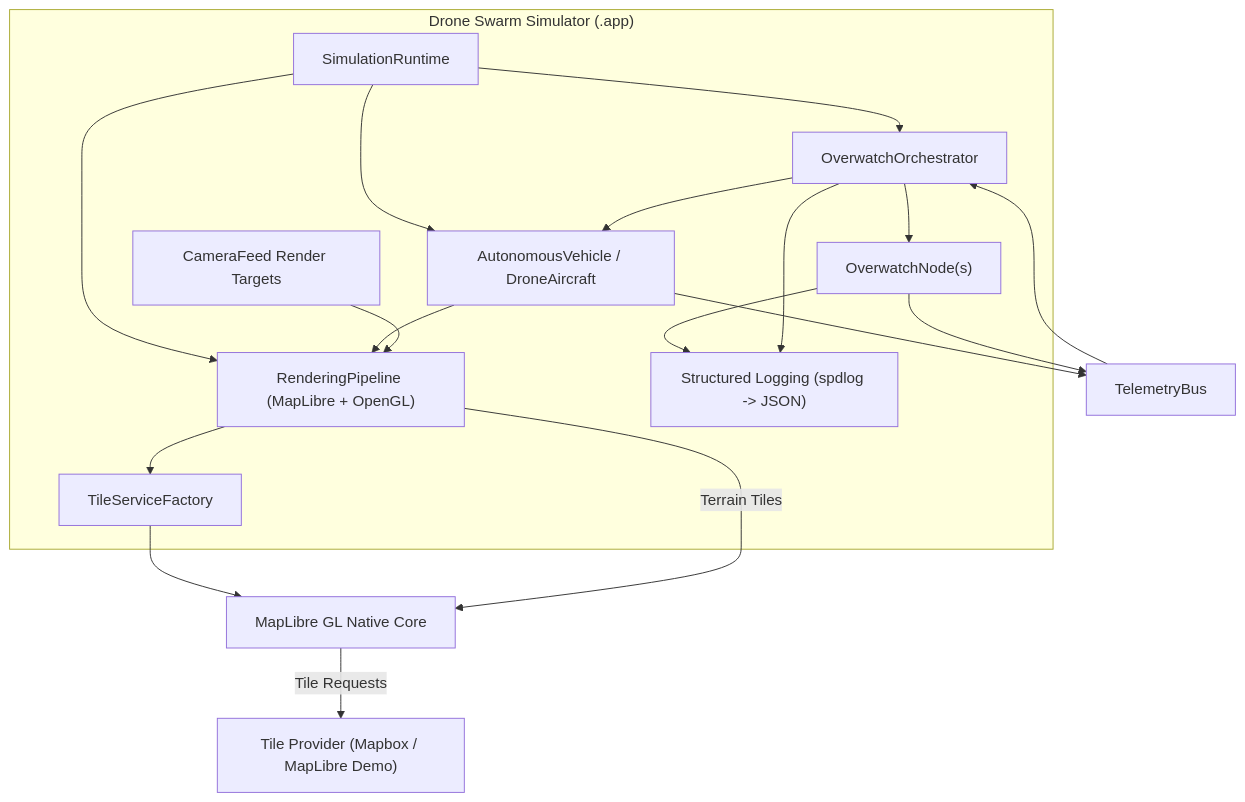
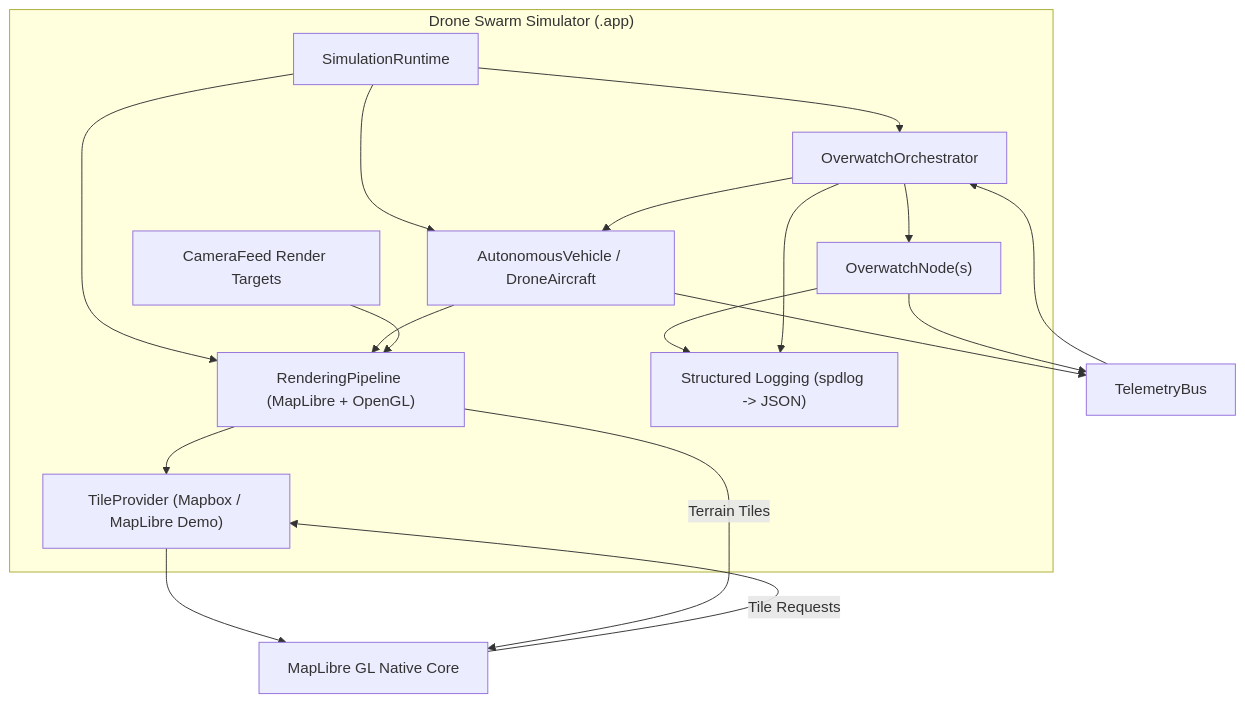
One commit to davecthomas/drone_swarm changed the second of 5 diagrams in README.md. Above: the diagram before and after it, drawn with Mermaid. The commit also changed other lines of this file and 21 other files, not shown here.

````diff
--- a/README.md
+++ b/README.md
@@ -195,30 +195,30 @@
 ```mermaid
 graph TD
     subgraph macOS_App["Drone Swarm Simulator (.app)"]
         Runtime["SimulationRuntime"]
         Renderer["RenderingPipeline (MapLibre + OpenGL)"]
-        TileSvc["TileServiceFactory"]
+        TileProvider["TileProvider (Mapbox / MapLibre Demo)"]
         Orchestrator["OverwatchOrchestrator"]
         Overwatch["OverwatchNode(s)"]
         Vehicles["AutonomousVehicle / DroneAircraft"]
         Cameras["CameraFeed Render Targets"]
         Logging["Structured Logging (spdlog -> JSON)"]
     end
 
     Runtime --> Orchestrator
     Runtime --> Renderer
     Runtime --> Vehicles
     Orchestrator --> Overwatch
     Orchestrator --> Vehicles
     Overwatch --> Logging
     Orchestrator --> Logging
     Vehicles --> Renderer
     Cameras --> Renderer
-    Renderer --> TileSvc
-    TileSvc --> MapLibreCore["MapLibre GL Native Core"]
+    Renderer --> TileProvider
+    TileProvider --> MapLibreCore["MapLibre GL Native Core"]
     Renderer -->|Terrain Tiles| MapLibreCore
-    MapLibreCore -->|Tile Requests| TileProvider["Tile Provider (Mapbox / MapLibre Demo)"]
+    MapLibreCore -->|Tile Requests| TileProvider
     Vehicles --> TelemetryBus["TelemetryBus"]
     Overwatch --> TelemetryBus
     TelemetryBus --> Orchestrator
 ```
````
